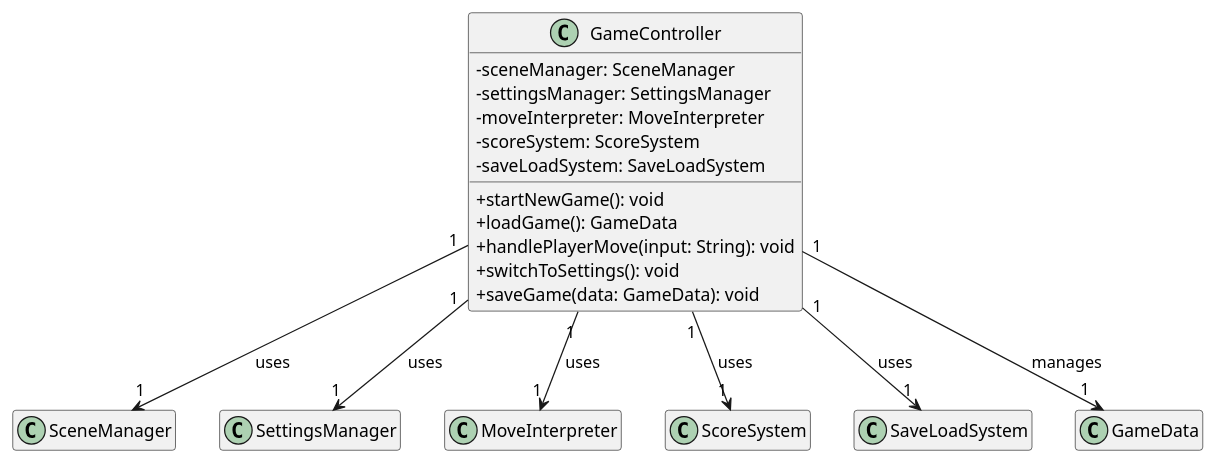
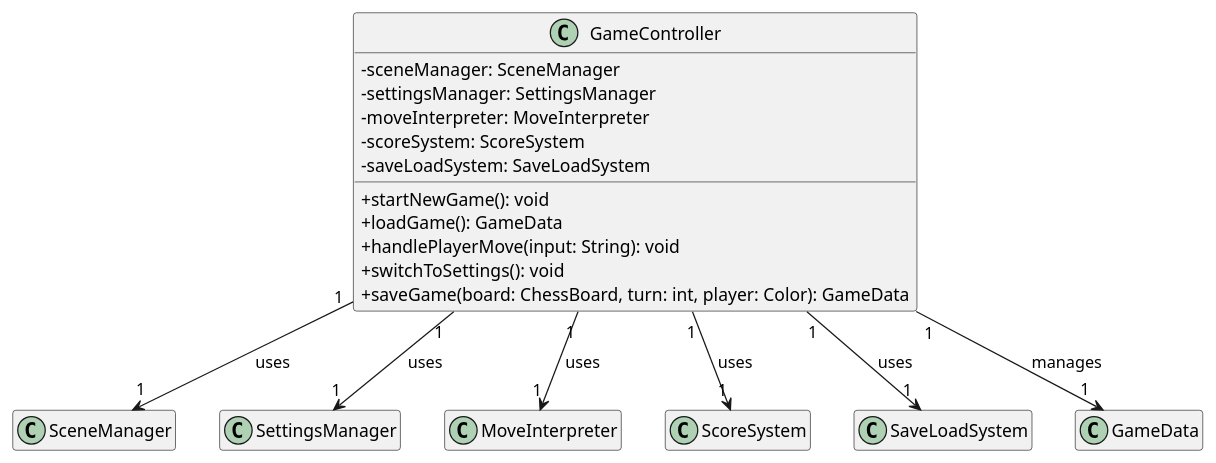
One commit to Turbo-Chess/Turbo-Chess changed the diagram in docs/Controller.puml. Above: the diagram before and after it, drawn with PlantUML. The commit also changed 11 other files, not shown here.

```diff
--- a/docs/Controller.puml
+++ b/docs/Controller.puml
@@ -1,28 +1,28 @@
 @startuml Controller
     skinparam classAttributeIconSize 0
     hide empty fields
     hide empty methods
 
     ' --- Controller Principale ---
     class GameController {
         -sceneManager: SceneManager
         -settingsManager: SettingsManager
         -moveInterpreter: MoveInterpreter
         -scoreSystem: ScoreSystem
         -saveLoadSystem: SaveLoadSystem
 
         +startNewGame(): void
         +loadGame(): GameData
         +handlePlayerMove(input: String): void
         +switchToSettings(): void
-        +saveGame(data: GameData): void
+        +saveGame(board: ChessBoard, turn: int, player: Color): GameData
     }
 
     ' --- Dipendenze ---
     GameController "1" --> "1" SceneManager : uses
     GameController "1" --> "1" SettingsManager : uses
     GameController "1" --> "1" MoveInterpreter : uses
     GameController "1" --> "1" ScoreSystem : uses
     GameController "1" --> "1" SaveLoadSystem : uses
     GameController "1" --> "1" GameData : manages
 @enduml
```
